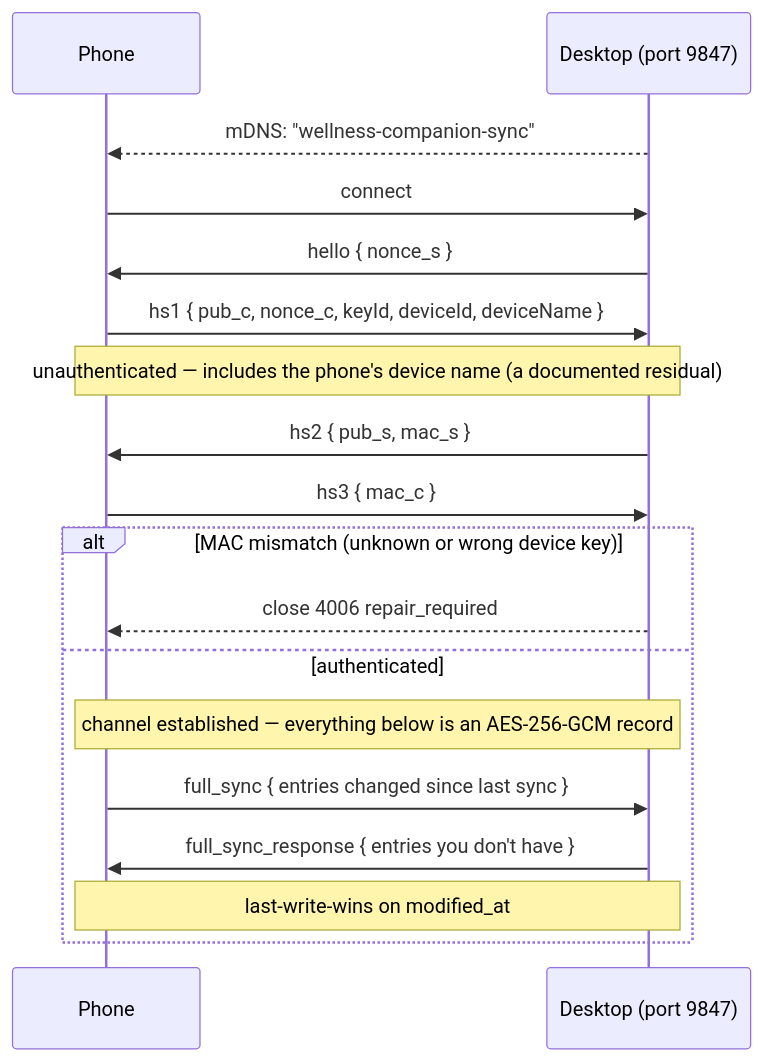
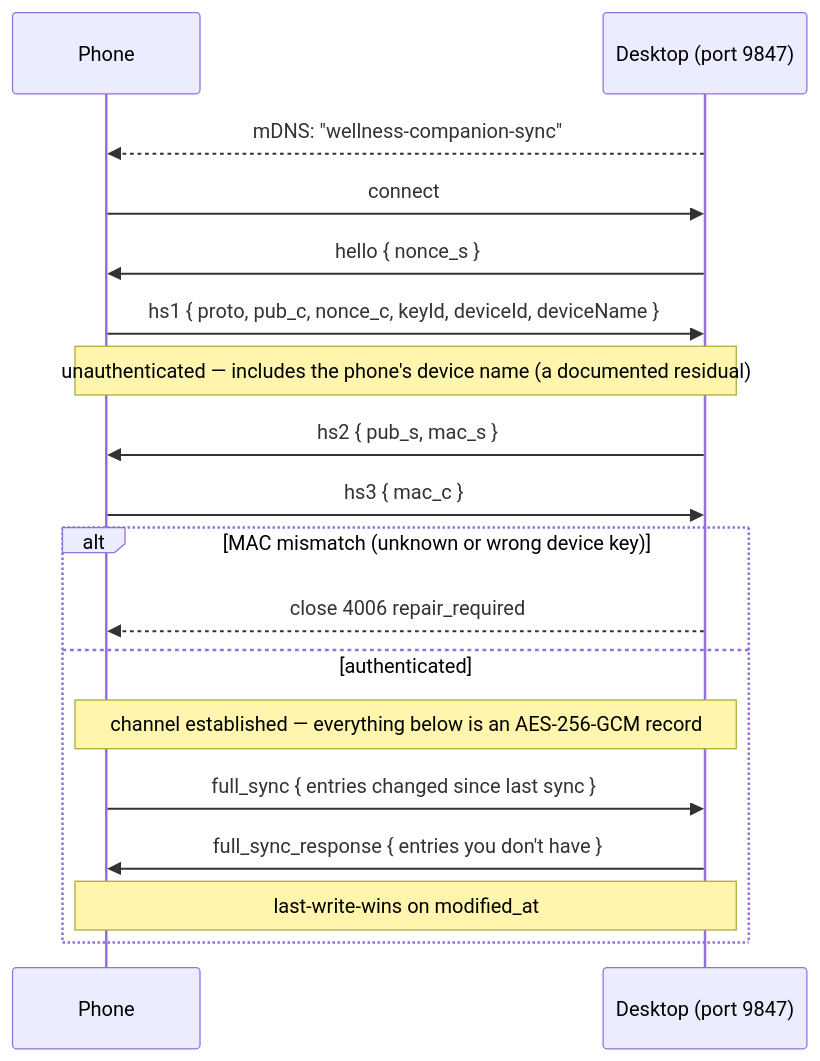
Before and after one commit to Redrum624/wellness-companion: the diagram in README.md, drawn with Mermaid. The commit also changed other lines of this file and 8 other files, not shown here.

````diff
--- a/README.md
+++ b/README.md
@@ -376,20 +384,20 @@
 ```mermaid
 sequenceDiagram
     participant P as Phone
     participant D as Desktop (port 9847)
     D-->>P: mDNS: "wellness-companion-sync"
     P->>D: connect
     D->>P: hello { nonce_s }
-    P->>D: hs1 { pub_c, nonce_c, keyId, deviceId, deviceName }
+    P->>D: hs1 { proto, pub_c, nonce_c, keyId, deviceId, deviceName }
     Note over P,D: unauthenticated — includes the phone's device name (a documented residual)
     D->>P: hs2 { pub_s, mac_s }
     P->>D: hs3 { mac_c }
     alt MAC mismatch (unknown or wrong device key)
         D-->>P: close 4006 repair_required
     else authenticated
         Note over P,D: channel established — everything below is an AES-256-GCM record
         P->>D: full_sync { entries changed since last sync }
         D->>P: full_sync_response { entries you don't have }
         Note over P,D: last-write-wins on modified_at
     end
 ```
````
